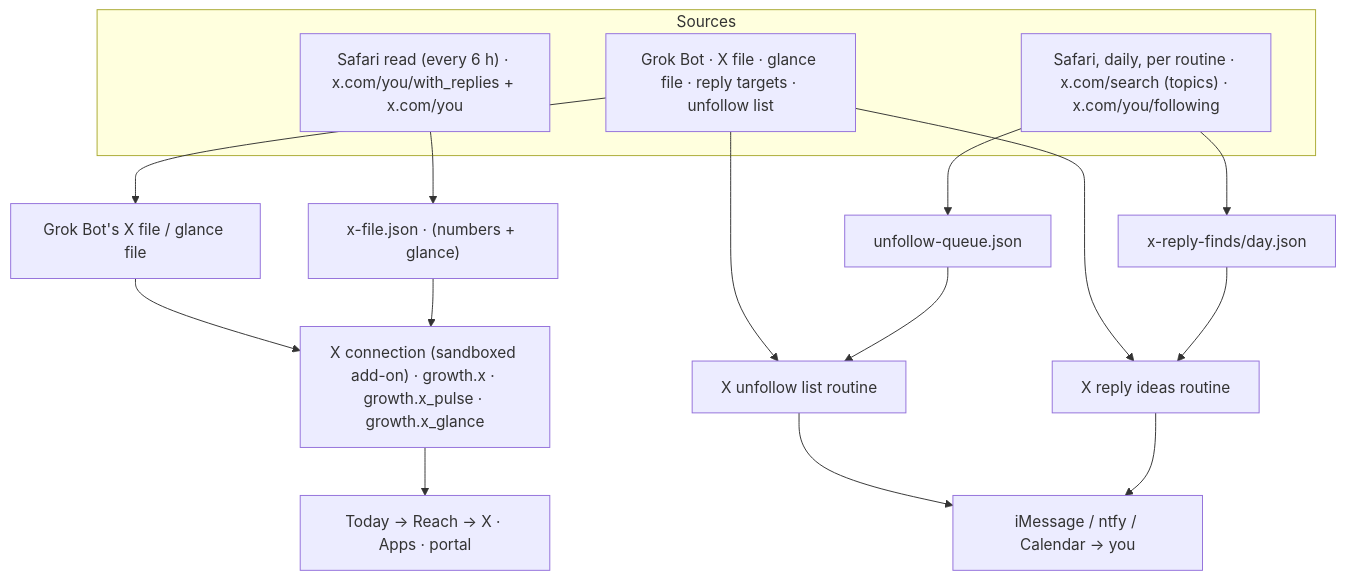
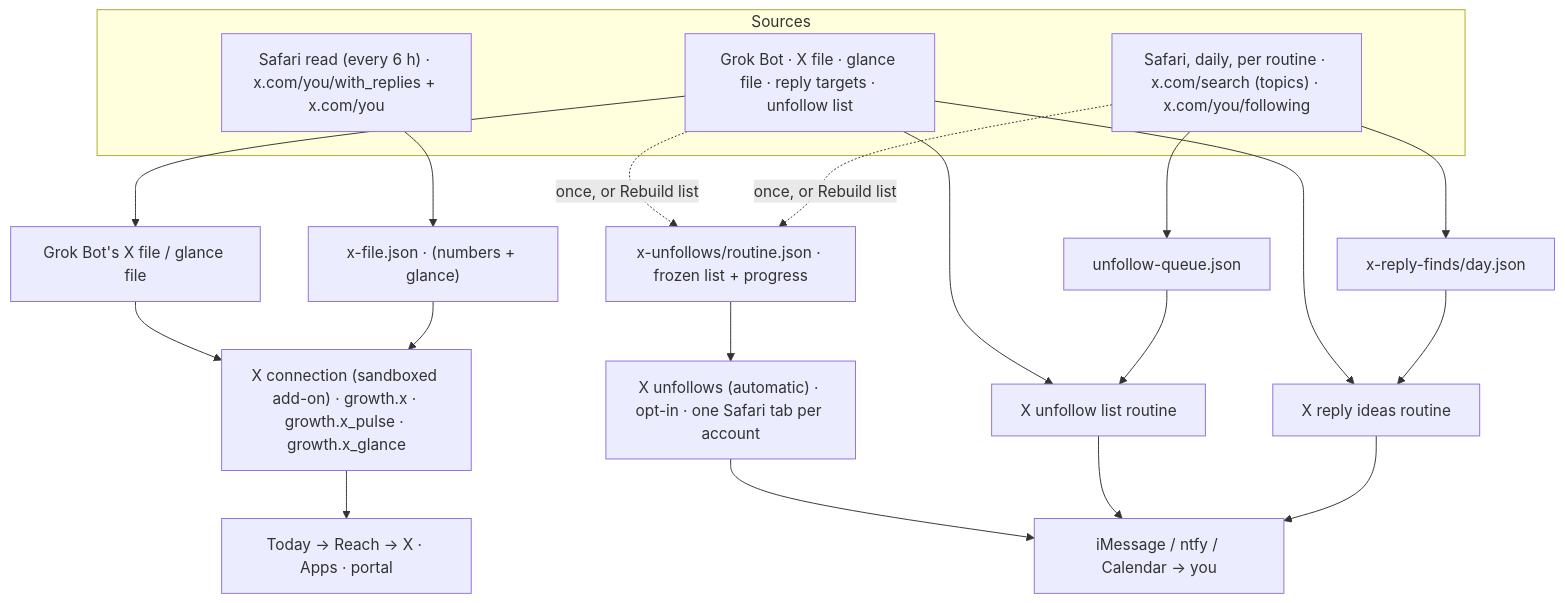
One commit to priyevsingh/hmunmawi changed the diagram in docs/X-TECHNICAL.md. Above: the diagram before and after it, drawn with Mermaid. The commit also changed other lines of this file and 20 other files, not shown here.

Commit message:
X unfollows (automatic): opt-in routine that unfollows non-followbacks through your Safari login, frozen list, pacing and safety stops; Settings → Jobs switch; docs; 1.3.0

````diff
--- a/docs/X-TECHNICAL.md
+++ b/docs/X-TECHNICAL.md
@@ -21,21 +24,25 @@
 ```mermaid
 flowchart TB
     subgraph Sources
         GB["Grok Bot · X file · glance file · reply targets · unfollow list"]
         SR["Safari read (every 6 h) · x.com/you/with_replies + x.com/you"]
         SS["Safari, daily, per routine · x.com/search (topics) · x.com/you/following"]
     end
     SR --> XF["x-file.json · (numbers + glance)"]
     SS --> RF["x-reply-finds/day.json"]
     SS --> UF["unfollow-queue.json"]
     GB --> XF2["Grok Bot's X file / glance file"]
     XF --> AD["X connection (sandboxed add-on) · growth.x · growth.x_pulse · growth.x_glance"]
     XF2 --> AD
     AD --> UI["Today → Reach → X · Apps · portal"]
     RF --> RI["X reply ideas routine"]
     GB --> RI
     UF --> UL["X unfollow list routine"]
     GB --> UL
     RI --> YOU["iMessage / ntfy / Calendar → you"]
     UL --> YOU
+    SS -. "once, or Rebuild list" .-> XL["x-unfollows/routine.json · frozen list + progress"]
+    GB -. "once, or Rebuild list" .-> XL
+    XL --> XU["X unfollows (automatic) · opt-in · one Safari tab per account"]
+    XU --> YOU
 ```
````
